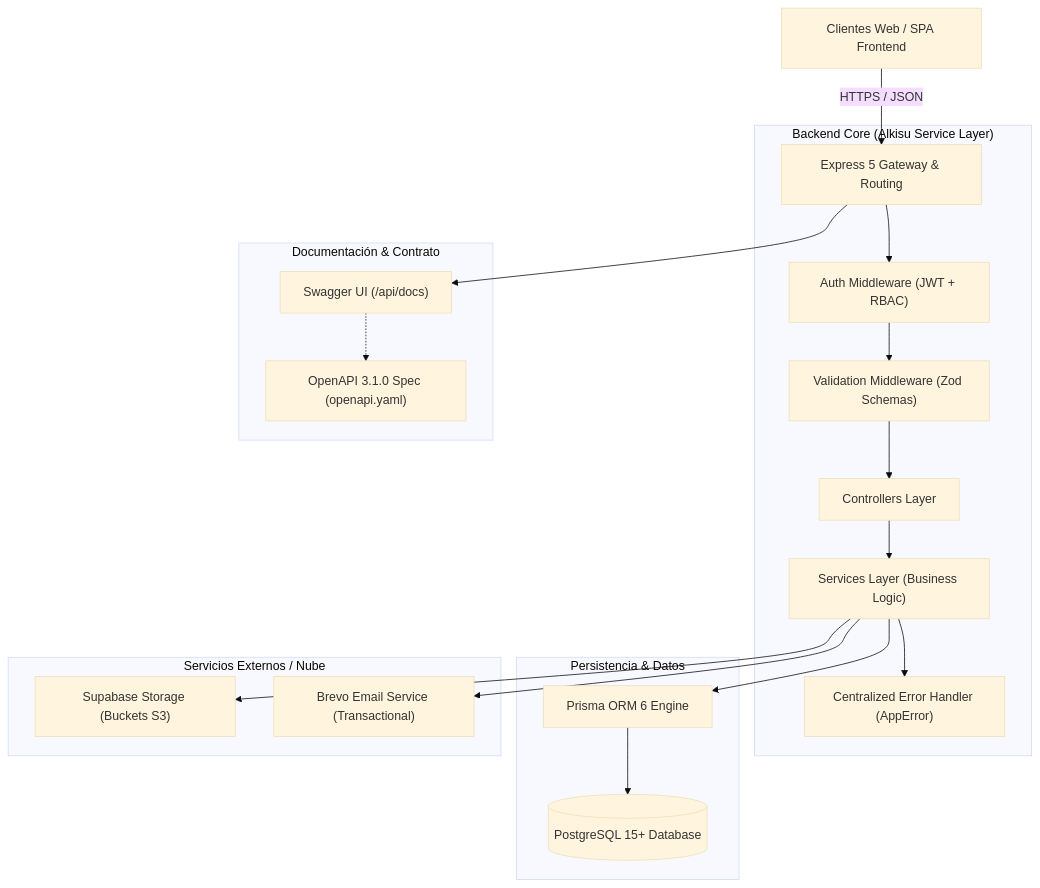
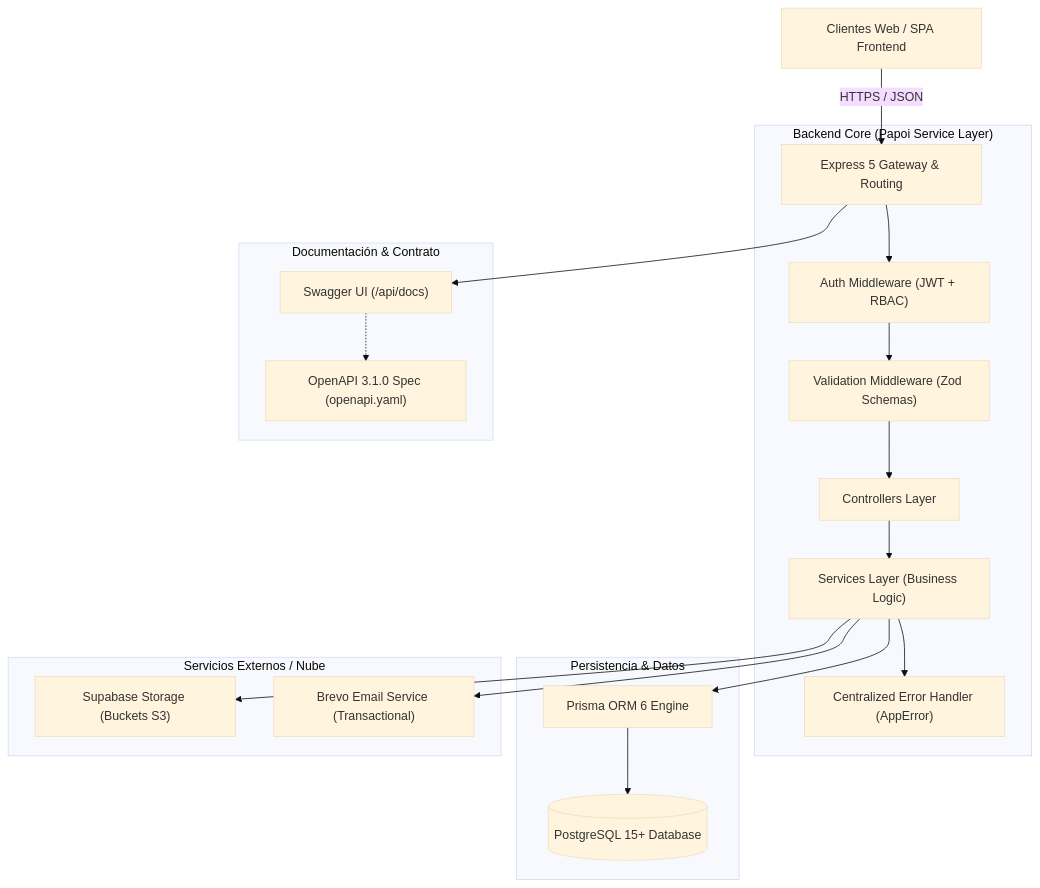
One commit to OrtegaNidddd/Alkisu changed the first of 5 diagrams in docs/ARCHITECTURE.md. Above: the diagram before and after it, drawn with Mermaid (base theme). The commit also changed other lines of this file and 36 other files, not shown here.

Commit message:
refactor(branding): renombrar el sistema de Alkisu a Papoi

````diff
--- a/docs/ARCHITECTURE.md
+++ b/docs/ARCHITECTURE.md
@@ -59,28 +59,28 @@
 ```mermaid
 graph TD
     ClientApp["Clientes Web / SPA Frontend"] -->|"HTTPS / JSON"| APIGateway["Express 5 Gateway & Routing"]
 
-    subgraph "Backend Core (Alkisu Service Layer)"
+    subgraph "Backend Core (Papoi Service Layer)"
         APIGateway --> SecurityMW["Auth Middleware (JWT + RBAC)"]
         SecurityMW --> ValidationMW["Validation Middleware (Zod Schemas)"]
         ValidationMW --> Controllers["Controllers Layer"]
         Controllers --> Services["Services Layer (Business Logic)"]
         
         Services --> ErrorMW["Centralized Error Handler (AppError)"]
     end
 
     subgraph "Persistencia & Datos"
         Services --> PrismaClient["Prisma ORM 6 Engine"]
         PrismaClient --> PostgresDB[("PostgreSQL 15+ Database")]
     end
 
     subgraph "Servicios Externos / Nube"
         Services --> SupabaseStorage["Supabase Storage (Buckets S3)"]
         Services --> BrevoEmail["Brevo Email Service (Transactional)"]
     end
 
     subgraph "Documentación & Contrato"
         APIGateway --> SwaggerDocs["Swagger UI (/api/docs)"]
         SwaggerDocs -.-> OpenAPISpec["OpenAPI 3.1.0 Spec (openapi.yaml)"]
     end
 ```
````
